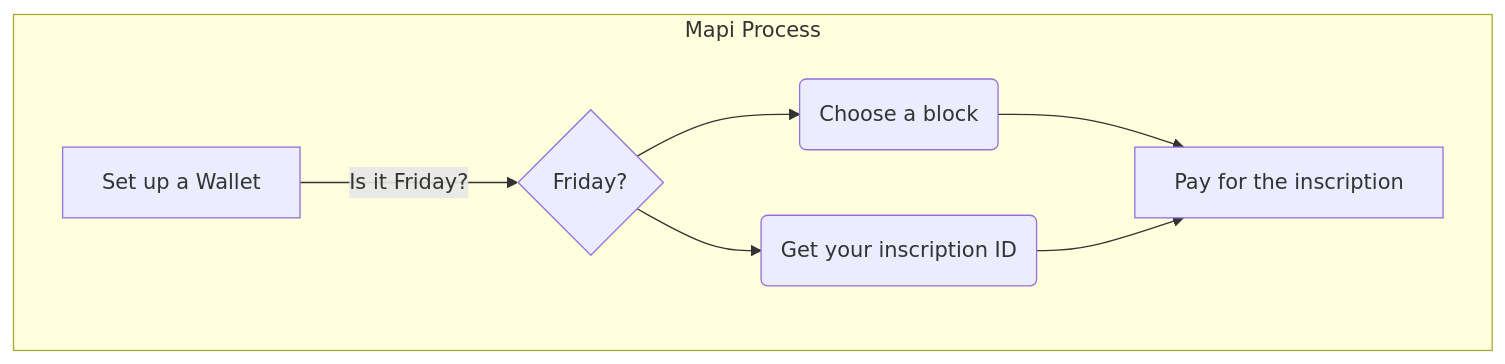
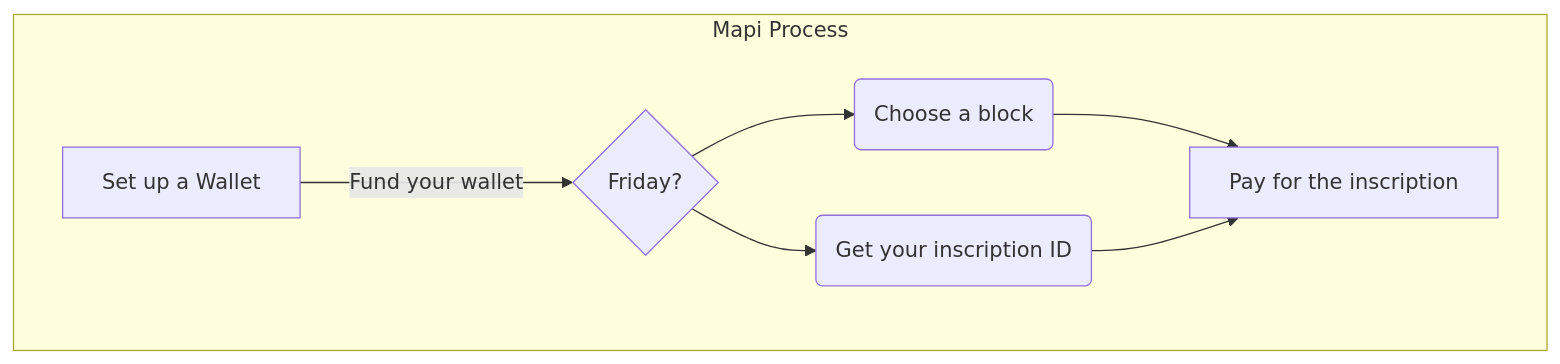
Before and after one commit to 3D4D5D/3D4D5D: the diagram in README.md, drawn with Mermaid.

````diff
--- a/README.md
+++ b/README.md
@@ -18,12 +18,12 @@
 ```mermaid
 graph TD
   subgraph Mapi Process
-    A[Set up a Wallet] -->|Is it Friday?| B{Friday?}
+    A[Set up a Wallet] -->|Fund your wallet| B{Friday?}
     B --> C(Choose a block)
     B --> D(Get your inscription ID)
     C --> E[Pay for the inscription]
     D --> E
   end
 
 
 ```
````
